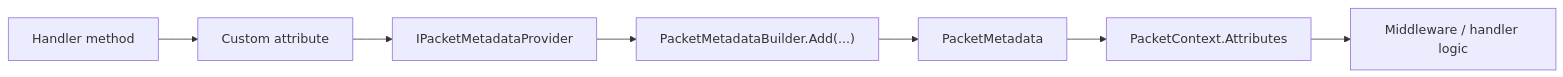
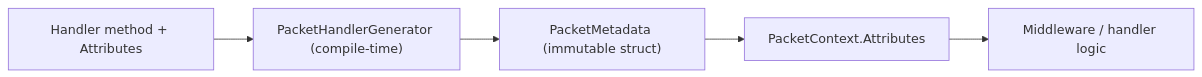
Before and after one commit to ppn-systems/Nalix: the diagram in docs/guides/extensibility/metadata-providers.md, drawn with Mermaid. The commit also changed other lines of this file and 63 other files, not shown here.

````diff
--- a/docs/guides/extensibility/metadata-providers.md
+++ b/docs/guides/extensibility/metadata-providers.md
@@ -116,9 +96,7 @@
 ```mermaid
 flowchart LR
-    A["Handler method"] --> B["Custom attribute"]
-    B --> C["IPacketMetadataProvider"]
-    C --> D["PacketMetadataBuilder.Add(...)"]
-    D --> E["PacketMetadata"]
-    E --> F["PacketContext.Attributes"]
-    F --> G["Middleware / handler logic"]
+    A["Handler method + Attributes"] --> B["PacketHandlerGenerator (compile-time)"]
+    B --> C["PacketMetadata (immutable struct)"]
+    C --> D["PacketContext.Attributes"]
+    D --> E["Middleware / handler logic"]
 ```
````
